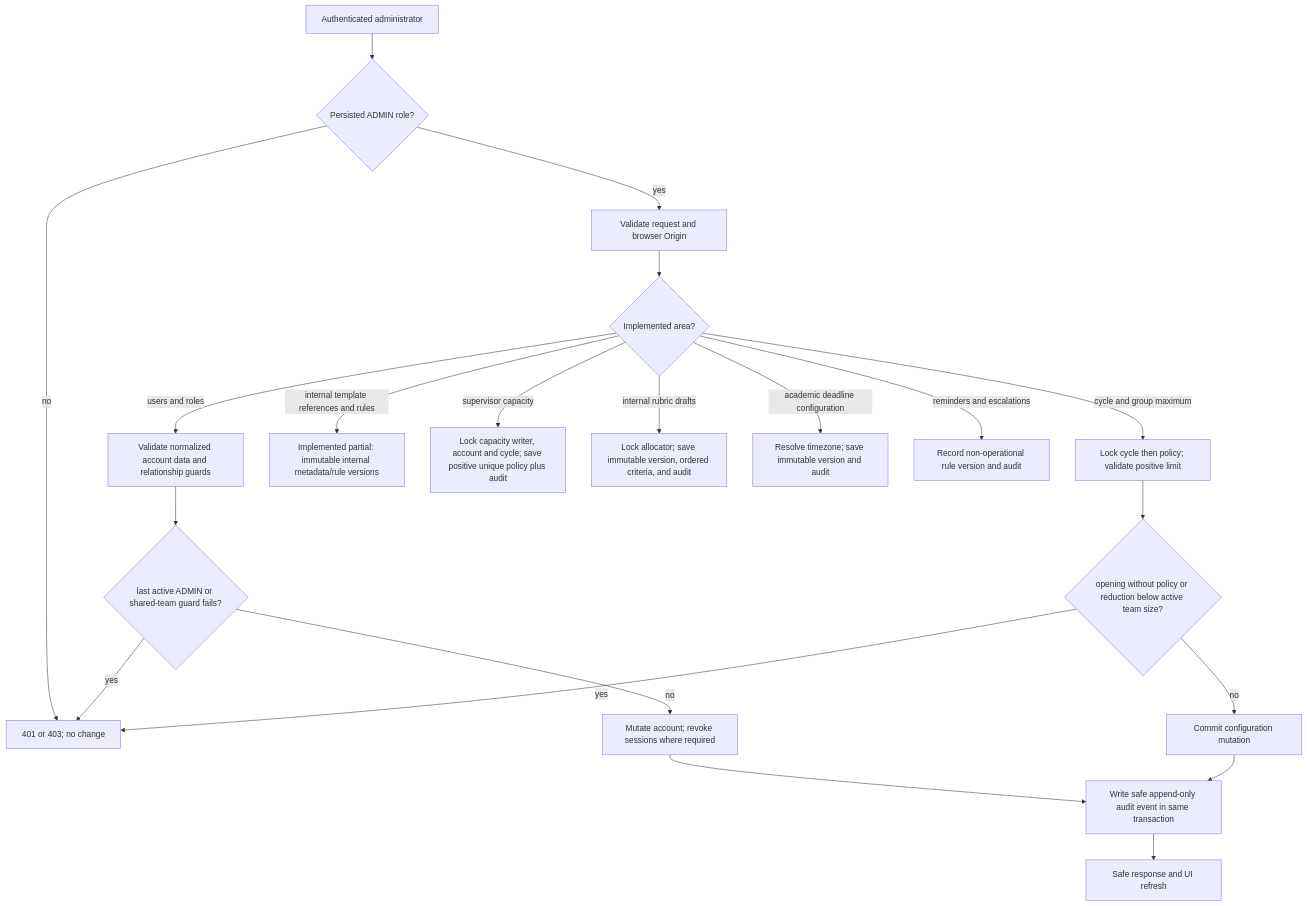
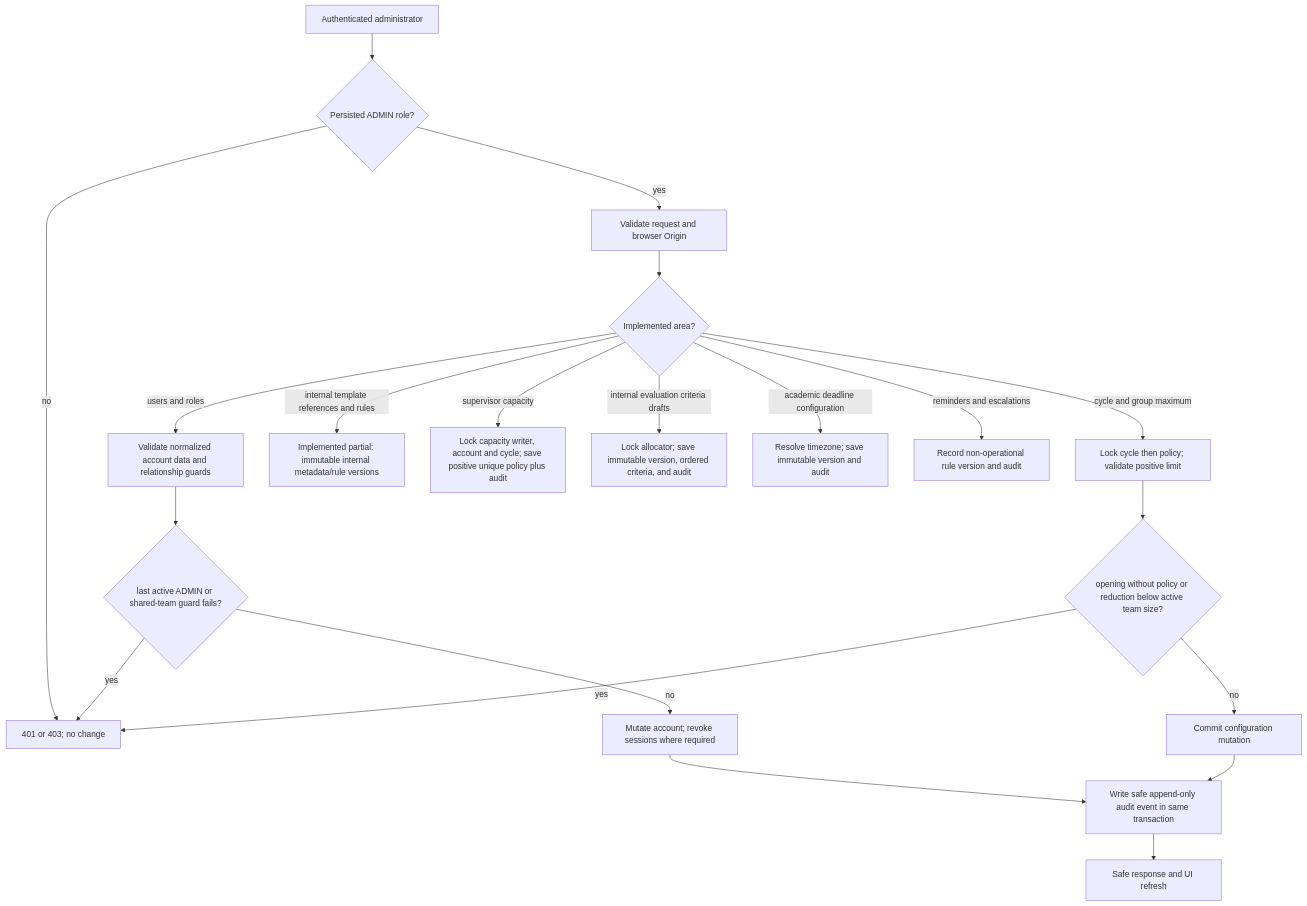
One commit to farazd63/FYPHub changed the fifth of 13 diagrams in docs/p1-workflows.md. Above: the diagram before and after it, drawn with Mermaid. The commit also changed other lines of this file and 37 other files, not shown here.

````diff
--- a/docs/p1-workflows.md
+++ b/docs/p1-workflows.md
@@ -78,23 +78,23 @@
 ```mermaid
 flowchart TD
     A[Authenticated administrator] --> B{Persisted ADMIN role?}
     B -- no --> X[401 or 403; no change]
     B -- yes --> C[Validate request and browser Origin]
     C --> D{Implemented area?}
     D -->|users and roles| E[Validate normalized account data and relationship guards]
     D -->|cycle and group maximum| F[Lock cycle then policy; validate positive limit]
     D -->|internal template references and rules| P[Implemented partial: immutable internal metadata/rule versions]
     D -->|supervisor capacity| R[Lock capacity writer, account and cycle; save positive unique policy plus audit]
-    D -->|internal rubric drafts| S[Lock allocator; save immutable version, ordered criteria, and audit]
+    D -->|internal evaluation criteria drafts| S[Lock allocator; save immutable version, ordered criteria, and audit]
     D -->|academic deadline configuration| T[Resolve timezone; save immutable version and audit]
     D -->|reminders and escalations| Q[Record non-operational rule version and audit]
     E --> G{last active ADMIN or shared-team guard fails?}
     G -- yes --> X
     G -- no --> H[Mutate account; revoke sessions where required]
     F --> I{opening without policy or reduction below active team size?}
     I -- yes --> X
     I -- no --> J[Commit configuration mutation]
     H --> K[Write safe append-only audit event in same transaction]
     J --> K
     K --> L[Safe response and UI refresh]
 ```
````
